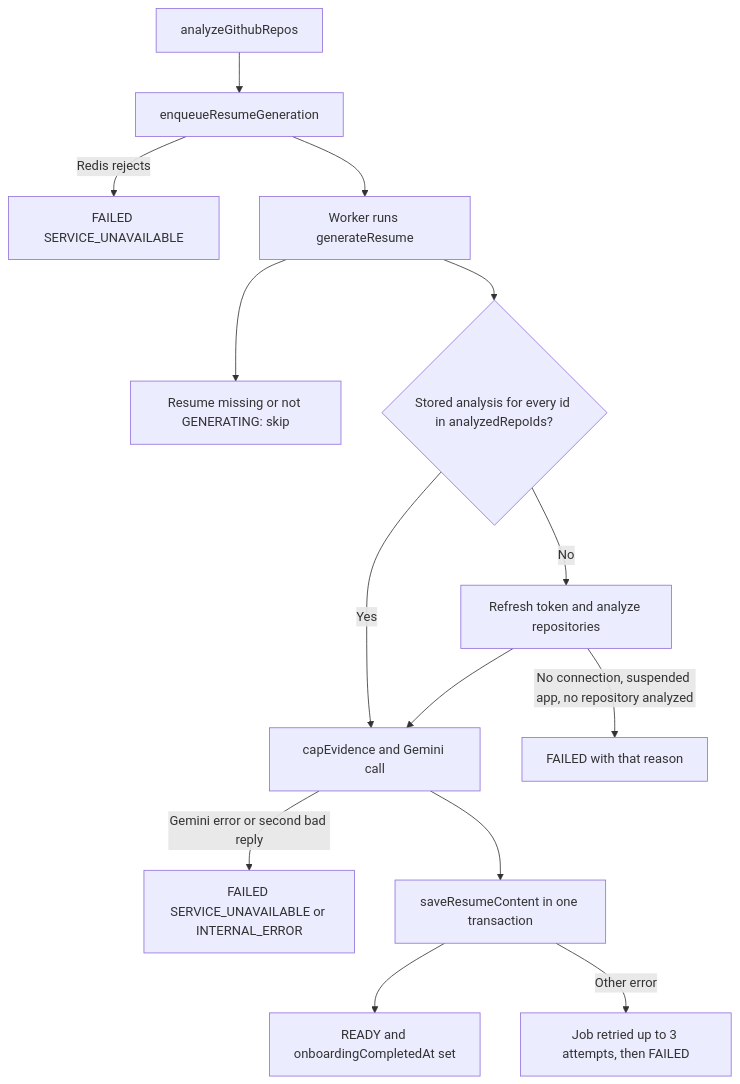
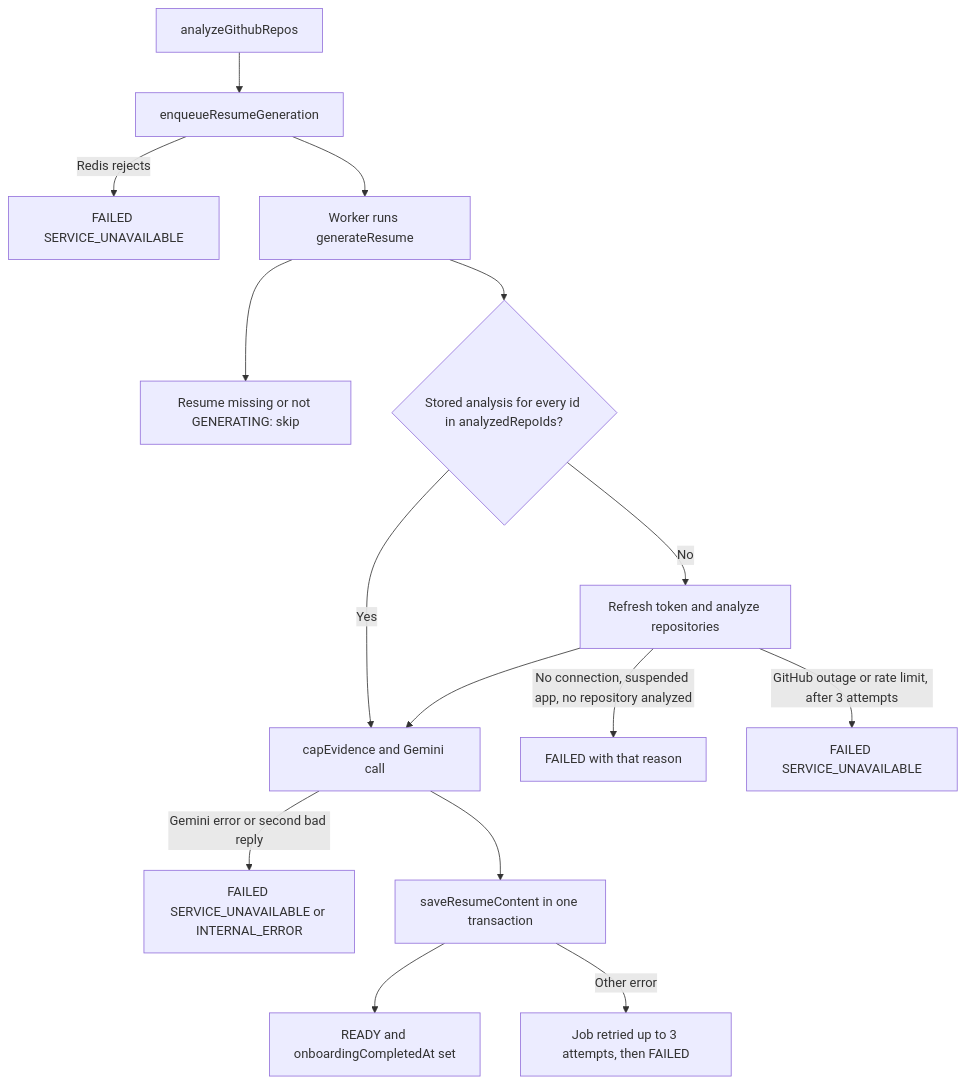
One commit to myusubov/tailorcv changed the third of 4 diagrams in docs/architecture/onboarding/README.md. Above: the diagram before and after it, drawn with Mermaid. The commit also changed other lines of this file and 11 other files, not shown here.

````diff
--- a/docs/architecture/onboarding/README.md
+++ b/docs/architecture/onboarding/README.md
@@ -107,16 +107,17 @@
 ```mermaid
 flowchart TD
   Analyze[analyzeGithubRepos] --> Enqueue[enqueueResumeGeneration]
   Enqueue -->|Redis rejects| Failed1[FAILED SERVICE_UNAVAILABLE]
   Enqueue --> Worker[Worker runs generateResume]
   Worker --> Skip[Resume missing or not GENERATING: skip]
   Worker --> Reuse{Stored analysis for every id in analyzedRepoIds?}
   Reuse -->|Yes| Gemini
   Reuse -->|No| Github[Refresh token and analyze repositories]
   Github -->|No connection, suspended app, no repository analyzed| Failed2[FAILED with that reason]
+  Github -->|GitHub outage or rate limit, after 3 attempts| Failed4[FAILED SERVICE_UNAVAILABLE]
   Github --> Gemini[capEvidence and Gemini call]
   Gemini -->|Gemini error or second bad reply| Failed3[FAILED SERVICE_UNAVAILABLE or INTERNAL_ERROR]
   Gemini --> Save[saveResumeContent in one transaction]
   Save --> Ready[READY and onboardingCompletedAt set]
   Save -->|Other error| Retry[Job retried up to 3 attempts, then FAILED]
 ```
````
